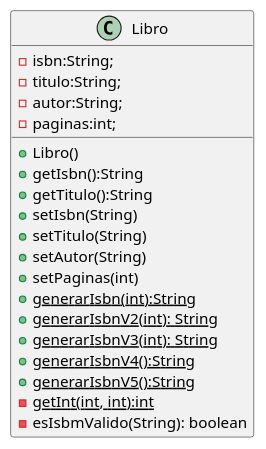
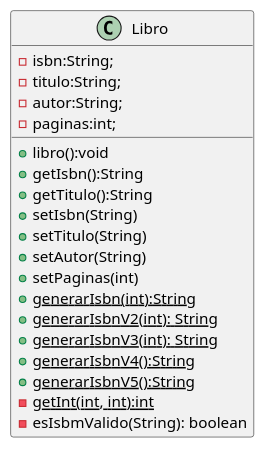
The diagram in UML/diagramaClases.puml (FacundoSC/Libros), drawn with PlantUML before and after one commit.

```diff
--- a/UML/diagramaClases.puml
+++ b/UML/diagramaClases.puml
@@ -1,22 +1,22 @@
 @startuml
 class Libro {
    -isbn:String;
    -titulo:String;
    -autor:String;
    -paginas:int;
-   +Libro()
+   +libro():void
    +getIsbn():String
    +getTitulo():String
    +setIsbn(String)
    +setTitulo(String)
    +setAutor(String)
    +setPaginas(int)
    +{static}generarIsbn(int):String
    +{static}generarIsbnV2(int): String
    +{static}generarIsbnV3(int): String
    +{static}generarIsbnV4():String
    +{static}generarIsbnV5():String
    -{static}getInt(int, int):int
    - esIsbmValido(String): boolean
 }
 @enduml
```
